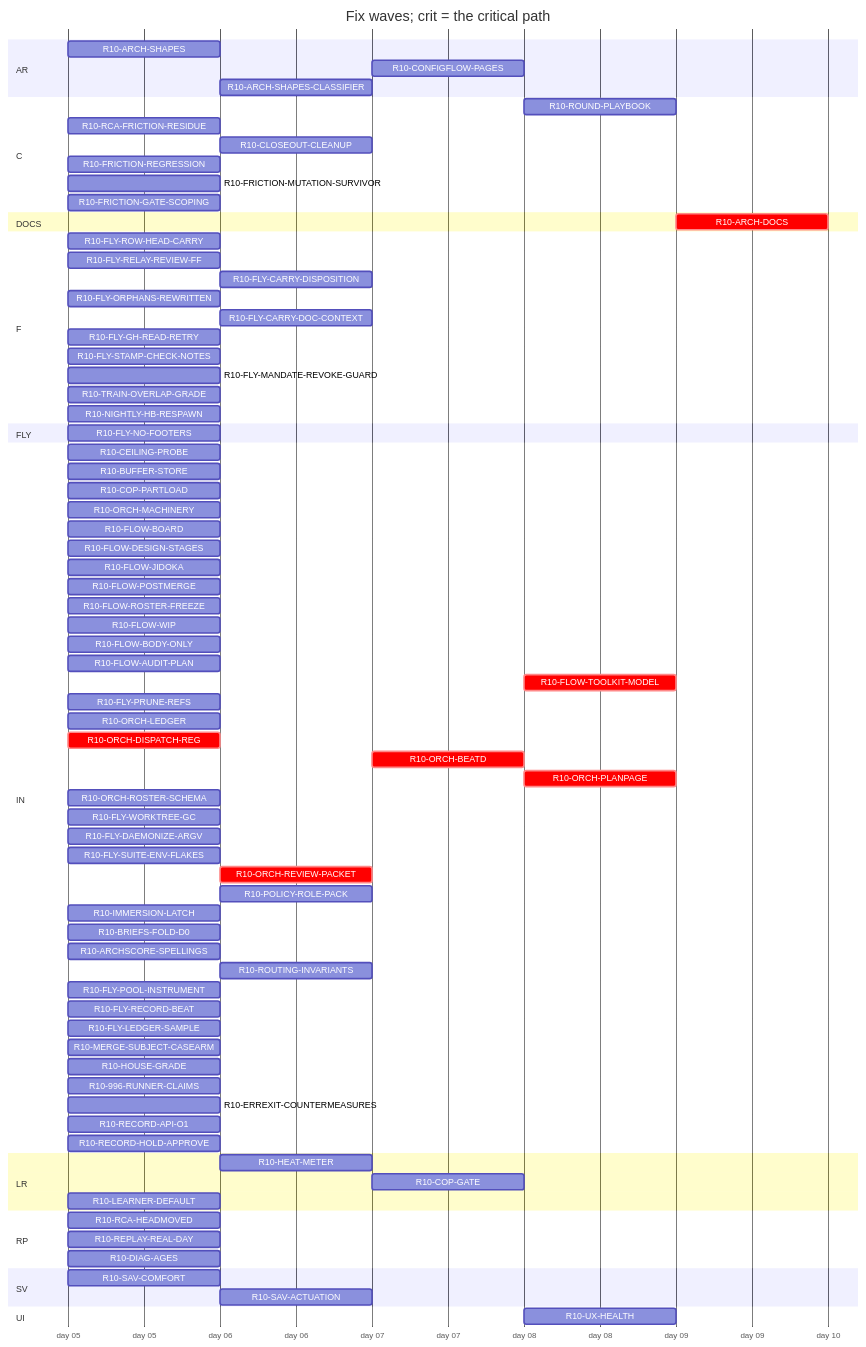
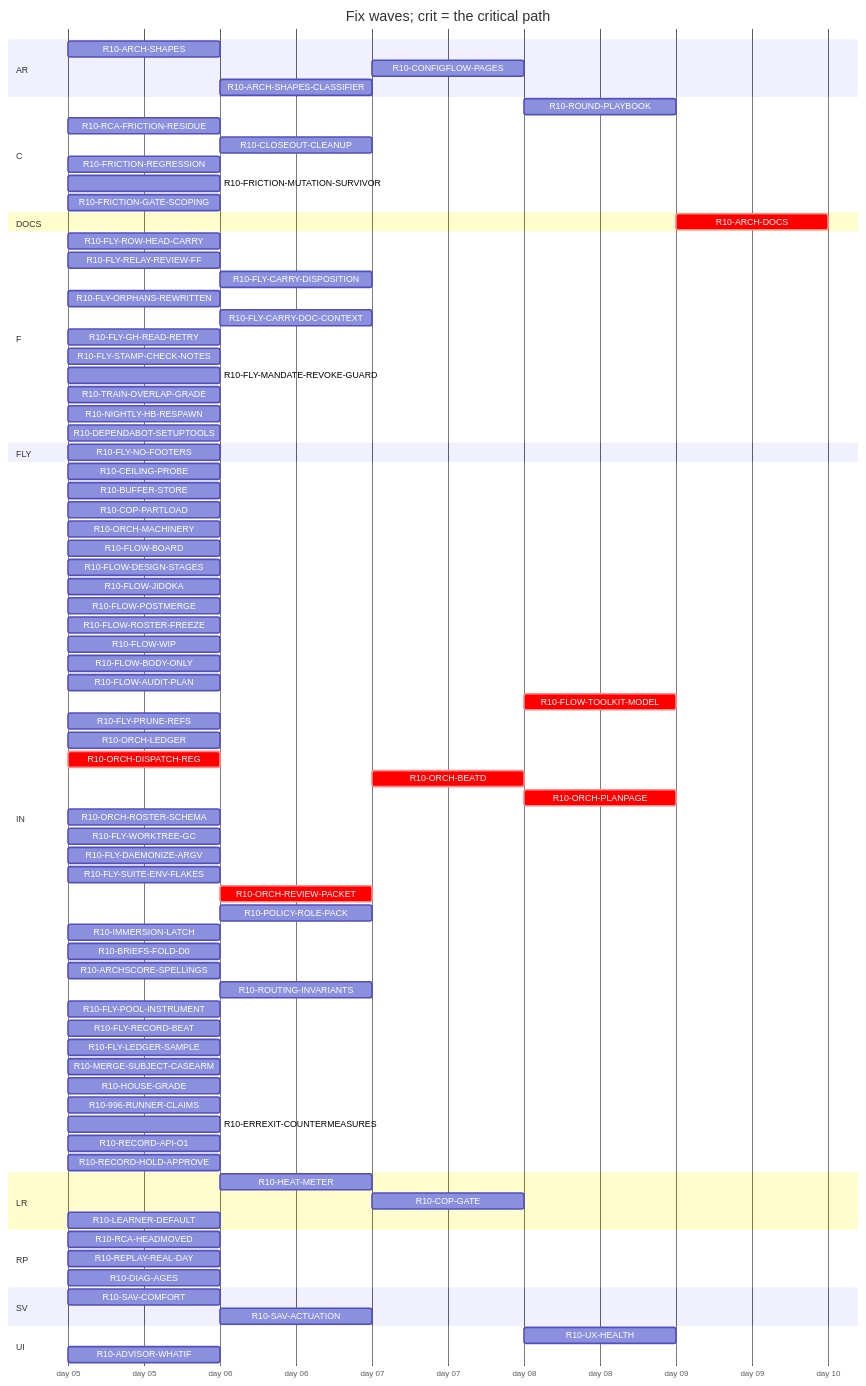
Before and after one commit to tvofi/heatpump_optimizer: the diagram in handoff/round10/state/PLAN-TABLE.md, drawn with Mermaid. The commit also changed other lines of this file and 2 other files, not shown here.

````diff
--- a/handoff/round10/state/PLAN-TABLE.md
+++ b/handoff/round10/state/PLAN-TABLE.md
@@ -49,6 +49,7 @@
     R10-FLY-MANDATE-REVOKE-GUARD :r10FLYMANDATEREVOKEGUARD, 2026-01-05, 1d
     R10-TRAIN-OVERLAP-GRADE :r10TRAINOVERLAPGRADE, 2026-01-05, 1d
     R10-NIGHTLY-HB-RESPAWN :r10NIGHTLYHBRESPAWN, 2026-01-05, 1d
+    R10-DEPENDABOT-SETUPTOOLS :r10DEPENDABOTSETUPTOOLS, 2026-01-05, 1d
   section FLY
     R10-FLY-NO-FOOTERS :r10FLYNOFOOTERS, 2026-01-05, 1d
   section IN
@@ -102,4 +103,5 @@
     R10-SAV-ACTUATION :r10SAVACTUATION, after r10SAVCOMFORT, 1d
   section UI
     R10-UX-HEALTH :r10UXHEALTH, after r10COPGATE r10HEATMETER, 1d
+    R10-ADVISOR-WHATIF :r10ADVISORWHATIF, 2026-01-05, 1d
 ```
````
